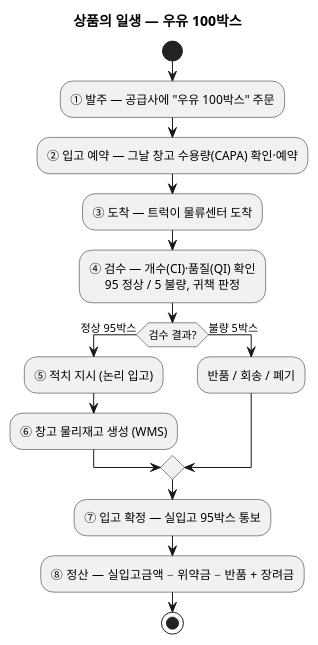
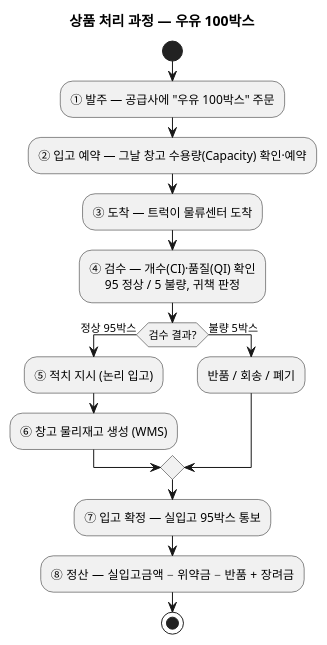
The sixth of 10 diagrams in blog/2026-10-20-scm-system-explained.mdx (johnycho/johny-dev), drawn with PlantUML before and after one commit. The commit also changed other lines of this file and 4 other files, not shown here.

````diff
--- a/blog/2026-10-20-scm-system-explained.mdx
+++ b/blog/2026-10-20-scm-system-explained.mdx
@@ -257,21 +257,21 @@
 ```plantuml
 @startuml
 skinparam defaultTextAlignment center
-title 상품의 일생 — 우유 100박스
+title 상품 처리 과정 — 우유 100박스
 
 start
 :① 발주 — 공급사에 "우유 100박스" 주문;
-:② 입고 예약 — 그날 창고 수용량(CAPA) 확인·예약;
+:② 입고 예약 — 그날 창고 수용량(Capacity) 확인·예약;
 :③ 도착 — 트럭이 물류센터 도착;
 :④ 검수 — 개수(CI)·품질(QI) 확인\n95 정상 / 5 불량, 귀책 판정;
 if (검수 결과?) then (정상 95박스)
   :⑤ 적치 지시 (논리 입고);
   :⑥ 창고 물리재고 생성 (WMS);
 else (불량 5박스)
   :반품 / 회송 / 폐기;
 endif
 :⑦ 입고 확정 — 실입고 95박스 통보;
 :⑧ 정산 — 실입고금액 − 위약금 − 반품 + 장려금;
 stop
 @enduml
 ```
````
